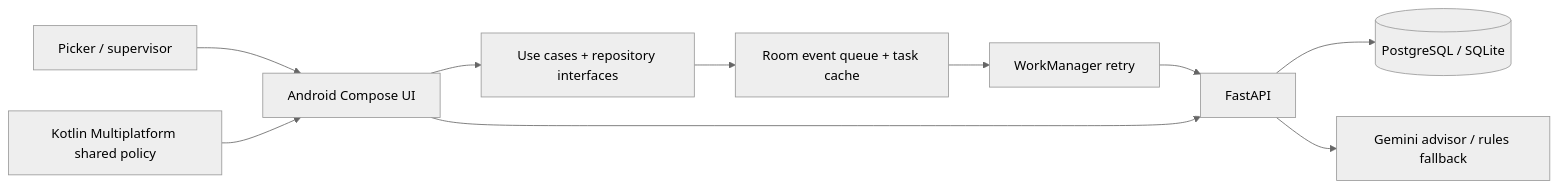
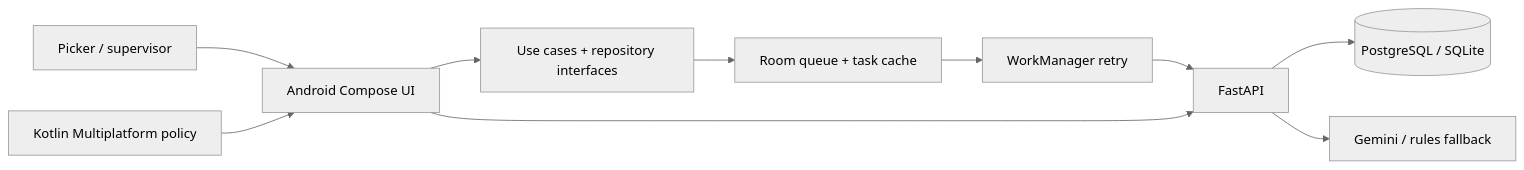
One commit to chaitanya-maddala-236/PickSure changed the diagram in README.md. Above: the diagram before and after it, drawn with Mermaid (neutral theme). The commit also changed other lines of this file and 1 other file, not shown here.

````diff
--- a/README.md
+++ b/README.md
@@ -61,12 +67,12 @@
 ```mermaid
 flowchart LR
     Picker[Picker / supervisor] --> Compose[Android Compose UI]
     Compose --> Domain[Use cases + repository interfaces]
-    Domain --> Room[Room event queue + task cache]
+    Domain --> Room[Room queue + task cache]
     Room --> Worker[WorkManager retry]
     Worker --> API[FastAPI]
     Compose --> API
     API --> DB[(PostgreSQL / SQLite)]
-    API --> Advisor[Gemini advisor / rules fallback]
-    Shared[Kotlin Multiplatform shared policy] --> Compose
+    API --> Advisor[Gemini / rules fallback]
+    Shared[Kotlin Multiplatform policy] --> Compose
 ```
````
